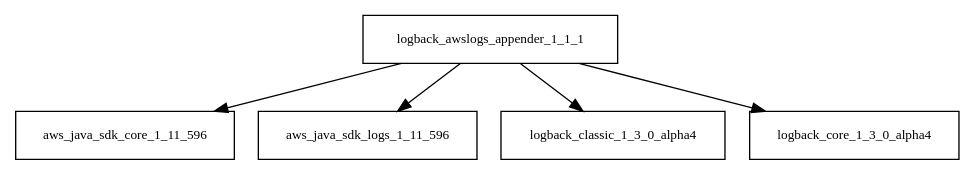
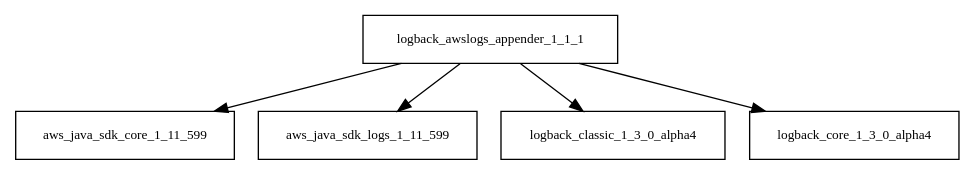
Before and after one commit to Hack23/cia: the diagram in tattleTaleReport/graphviz/logback-awslogs-appender-1.1.1.jar/logback-awslogs-appender-1.1.1.jar.dot, drawn with Graphviz. The commit also changed 2920 other files, not shown here.

```diff
--- a/tattleTaleReport/graphviz/logback-awslogs-appender-1.1.1.jar/logback-awslogs-appender-1.1.1.jar.dot
+++ b/tattleTaleReport/graphviz/logback-awslogs-appender-1.1.1.jar/logback-awslogs-appender-1.1.1.jar.dot
@@ -1,7 +1,7 @@
 digraph logback_awslogs_appender_1_1_1_dependencies {
   node [shape = box, fontsize=10.0];
-  logback_awslogs_appender_1_1_1 -> aws_java_sdk_core_1_11_596;
-  logback_awslogs_appender_1_1_1 -> aws_java_sdk_logs_1_11_596;
+  logback_awslogs_appender_1_1_1 -> aws_java_sdk_core_1_11_599;
+  logback_awslogs_appender_1_1_1 -> aws_java_sdk_logs_1_11_599;
   logback_awslogs_appender_1_1_1 -> logback_classic_1_3_0_alpha4;
   logback_awslogs_appender_1_1_1 -> logback_core_1_3_0_alpha4;
 }
```
